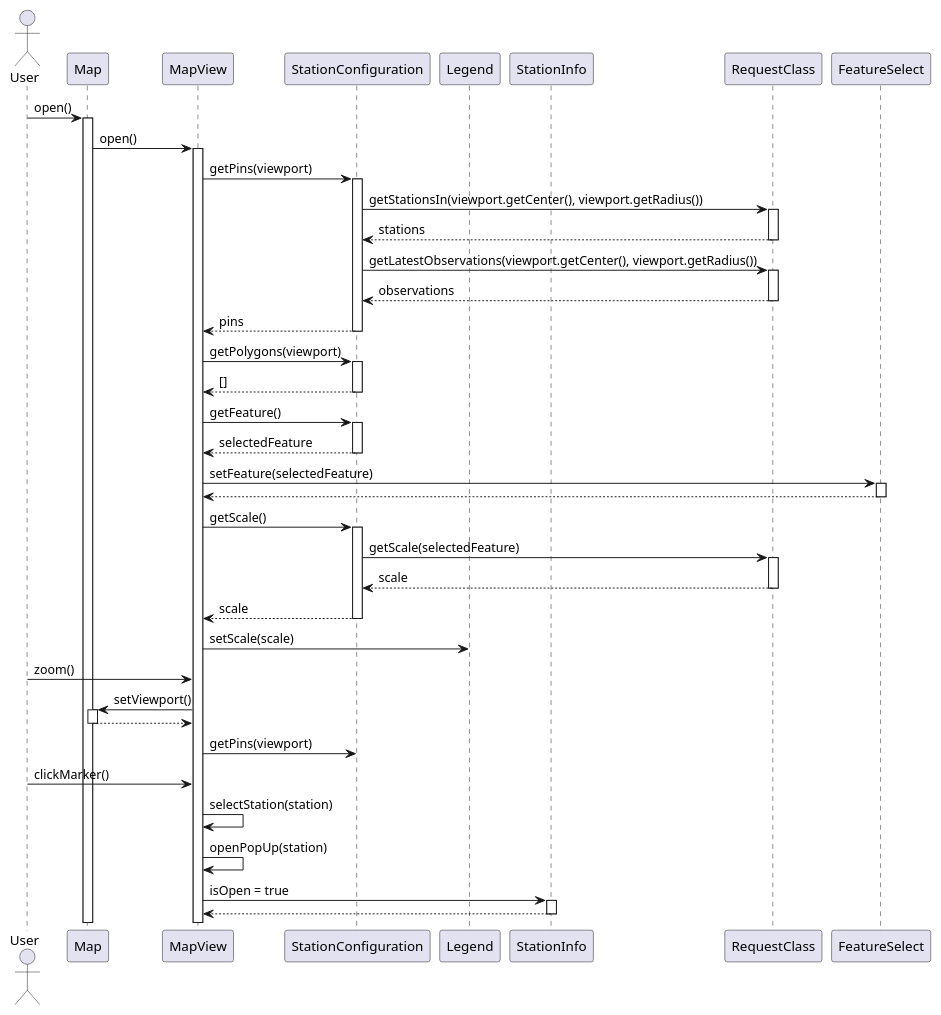
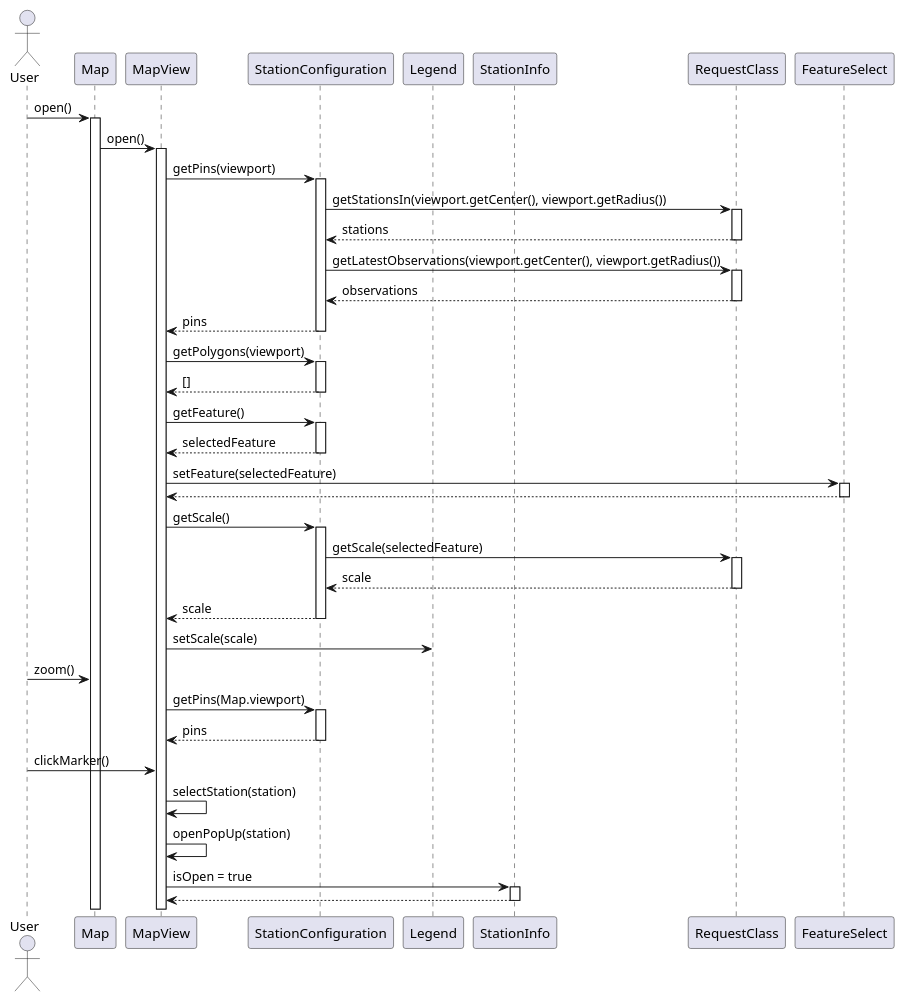
Before and after one commit to JonaEnz/pse-airquality-1: the diagram in Entwurf/MapPageTest.puml, drawn with PlantUML. The commit also changed 2 other files, not shown here.

Commit message:
add MapPage classes to documentation

```diff
--- a/Entwurf/MapPageTest.puml
+++ b/Entwurf/MapPageTest.puml
@@ -1,48 +1,46 @@
 @startuml MapPageTest
 
 actor User
 participant Map
 participant MapView
 participant StationConfiguration
 participant Legend 
 participant StationInfo
 participant RequestClass
 
 User -> Map ++: open()
 Map -> MapView ++: open()
 MapView -> StationConfiguration ++ : getPins(viewport)
 StationConfiguration -> RequestClass ++ : getStationsIn(viewport.getCenter(), viewport.getRadius())
 return stations
 StationConfiguration -> RequestClass ++ : getLatestObservations(viewport.getCenter(), viewport.getRadius())
 return observations
 StationConfiguration --> MapView --: pins
 
 MapView -> StationConfiguration ++ : getPolygons(viewport)
 StationConfiguration --> MapView -- : []
 
 MapView -> StationConfiguration ++ : getFeature()
 StationConfiguration --> MapView -- : selectedFeature
 MapView -> FeatureSelect ++ : setFeature(selectedFeature)
 return
 
 MapView -> StationConfiguration ++ : getScale()
 StationConfiguration -> RequestClass ++: getScale(selectedFeature)
 return scale
 StationConfiguration --> MapView -- : scale
 MapView -> Legend : setScale(scale)
 
 ' Zooming out
-User -> MapView : zoom()
-MapView -> Map ++: setViewport()
-return
-MapView -> StationConfiguration : getPins(viewport)
-
+User -> Map : zoom()
+MapView -> StationConfiguration ++: getPins(Map.viewport)
+return pins
 ' Click on station
 
 User -> MapView : clickMarker()
 MapView -> MapView : selectStation(station)
 MapView -> MapView : openPopUp(station)
 MapView -> StationInfo ++: isOpen = true
 return
 
 @enduml
```
